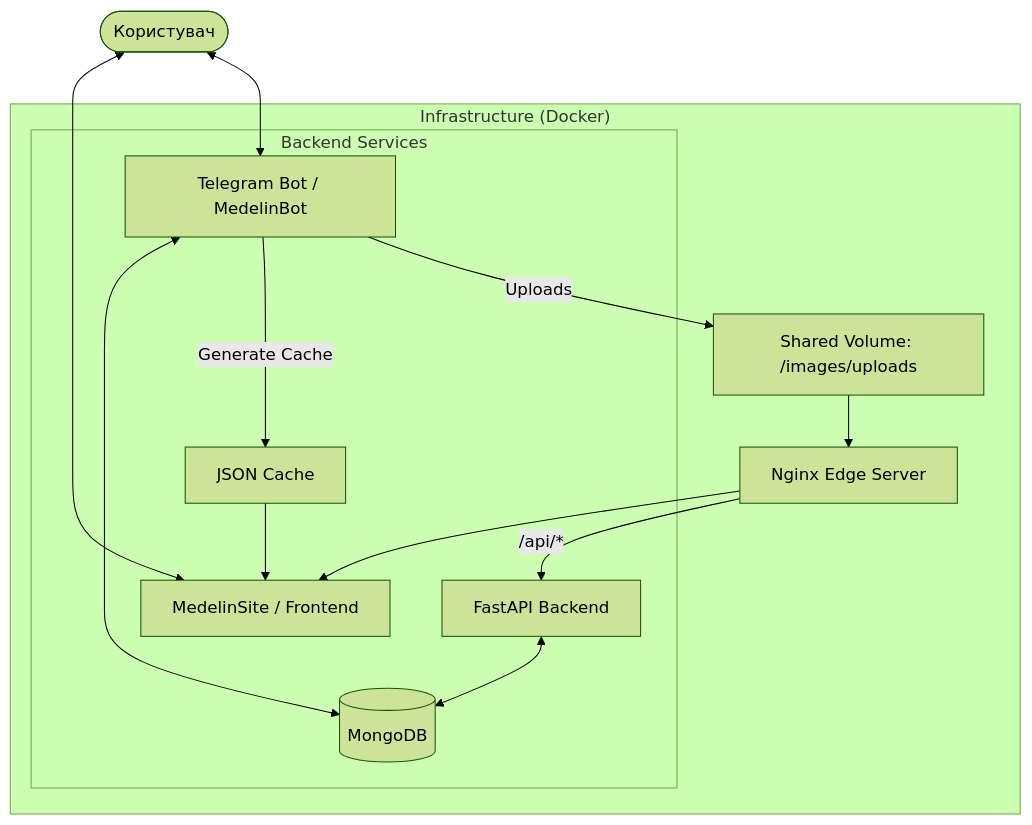
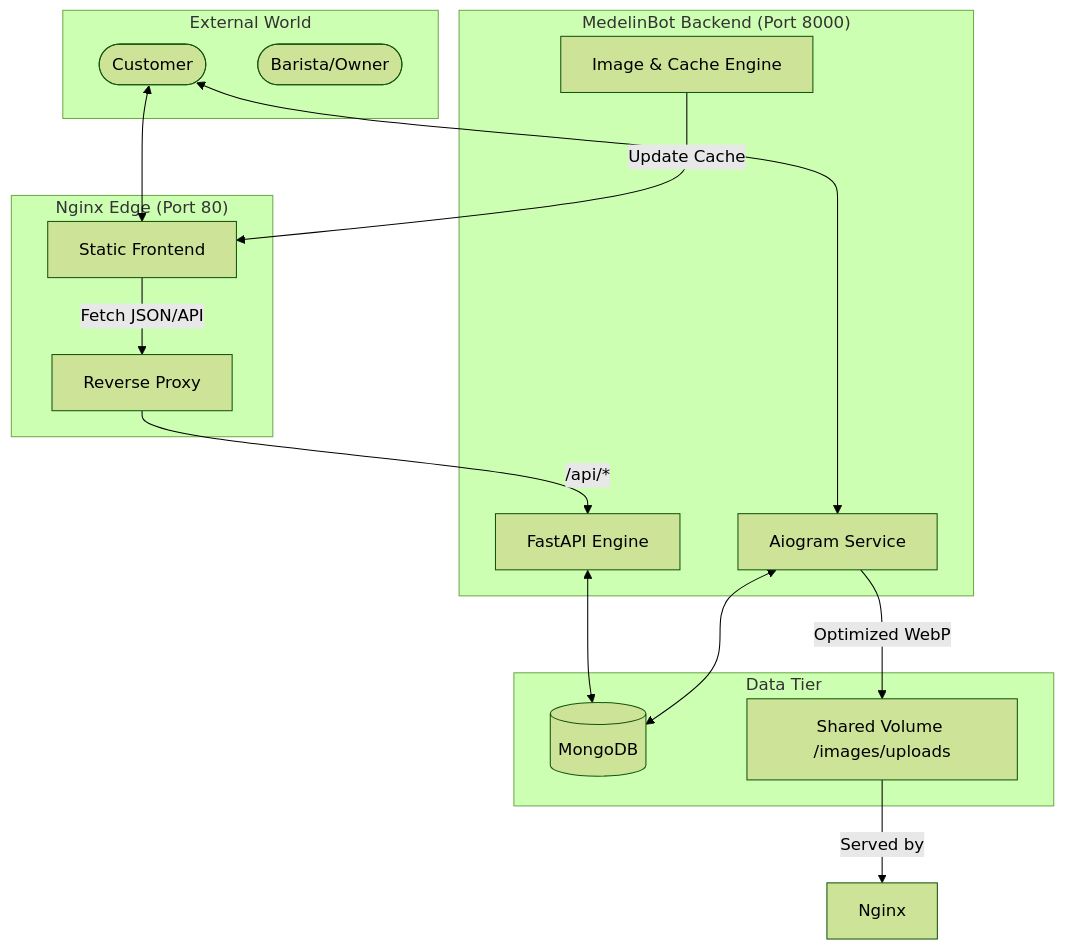
Before and after one commit to gleb226/Medelin: the diagram in README.md, drawn with Mermaid (forest theme). The commit also changed other lines of this file and 3 other files, not shown here.

````diff
--- a/README.md
+++ b/README.md
@@ -74,20 +53,33 @@
 ```mermaid
 graph TD
-    User([Користувач]) <--> Web[MedelinSite / Frontend]
-    User <--> Bot[Telegram Bot / MedelinBot]
-    
-    subgraph "Infrastructure (Docker)"
-        Nginx[Nginx Edge Server] --> Web
-        Nginx -- "/api/*" --> API[FastAPI Backend]
-        
-        subgraph "Backend Services"
-            API <--> DB[(MongoDB)]
-            Bot <--> DB
-            Bot -- "Generate Cache" --> Cache[JSON Cache]
-            Cache --> Web
-        end
-        
-        Bot -- "Uploads" --> Vol[Shared Volume: /images/uploads]
-        Vol --> Nginx
+    subgraph "External World"
+        User([Customer])
+        Admin([Barista/Owner])
     end
+
+    subgraph "Nginx Edge (Port 80)"
+        Web[Static Frontend]
+        Proxy[Reverse Proxy]
+    end
+
+    subgraph "MedelinBot Backend (Port 8000)"
+        API[FastAPI Engine]
+        Bot[Aiogram Service]
+        Processor[Image & Cache Engine]
+    end
+
+    subgraph "Data Tier"
+        DB[(MongoDB)]
+        Vol[Shared Volume /images/uploads]
+    end
+
+    User <--> Web
+    User <--> Bot
+    Web -- "Fetch JSON/API" --> Proxy
+    Proxy -- "/api/*" --> API
+    API <--> DB
+    Bot <--> DB
+    Bot -- "Optimized WebP" --> Vol
+    Vol -- "Served by" --> Nginx
+    Processor -- "Update Cache" --> Web
 ```
````
